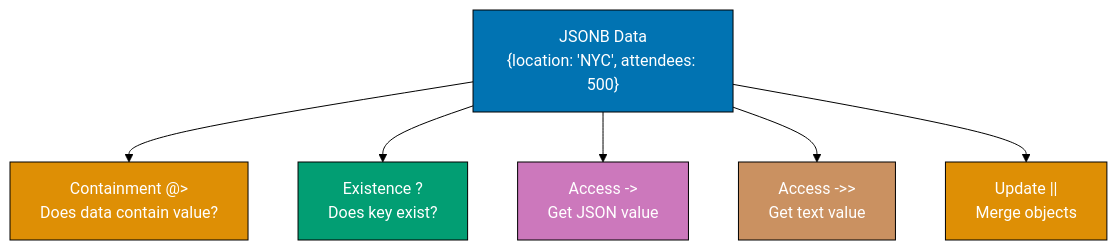
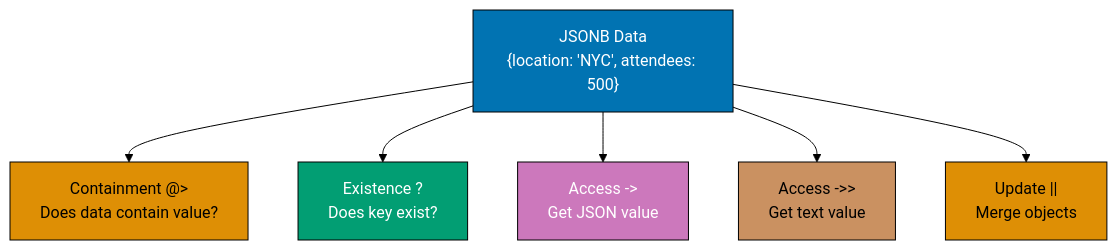
One commit to wahidyankf/open-sharia-enterprise changed the seventh of 12 diagrams in apps/ayokoding-web/content/en/learn/software-engineering/data/databases/postgresql/by-example/intermediate.md. Above: the diagram before and after it, drawn with Mermaid (forest theme). The commit also changed other lines of this file and 157 other files, not shown here.

````diff
--- a/apps/ayokoding-web/content/en/learn/software-engineering/data/databases/postgresql/by-example/intermediate.md
+++ b/apps/ayokoding-web/content/en/learn/software-engineering/data/databases/postgresql/by-example/intermediate.md
@@ -1802,23 +1808,23 @@
 ```mermaid
 %% Color Palette: Blue #0173B2, Orange #DE8F05, Teal #029E73, Purple #CC78BC, Brown #CA9161
 graph TD
     A["JSONB Data<br/>{location: 'NYC', attendees: 500}"]
     B["Containment @><br/>Does data contain value?"]
     C["Existence ?<br/>Does key exist?"]
     D["Access -><br/>Get JSON value"]
     E["Access ->><br/>Get text value"]
     F["Update ||<br/>Merge objects"]
 
     A --> B
     A --> C
     A --> D
     A --> E
     A --> F
 
     style A fill:#0173B2,stroke:#000,color:#fff
-    style B fill:#DE8F05,stroke:#000,color:#fff
+    style B fill:#DE8F05,stroke:#000,color:#000
     style C fill:#029E73,stroke:#000,color:#fff
     style D fill:#CC78BC,stroke:#000,color:#fff
-    style E fill:#CA9161,stroke:#000,color:#fff
-    style F fill:#DE8F05,stroke:#000,color:#fff
+    style E fill:#CA9161,stroke:#000,color:#000
+    style F fill:#DE8F05,stroke:#000,color:#000
 ```
````
